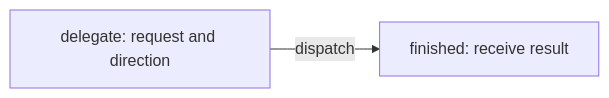
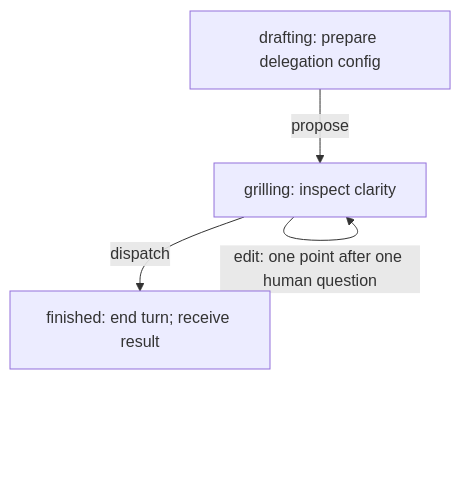
One commit to Winfred666/multica-featssship changed the first of 5 diagrams in DEBUG.md. Above: the diagram before and after it, drawn with Mermaid. The commit also changed other lines of this file and 19 other files, not shown here.

````diff
--- a/DEBUG.md
+++ b/DEBUG.md
@@ -3,4 +3,6 @@
 ```mermaid
-flowchart LR
-  delegate[delegate: request and direction] -->|dispatch| finished[finished: receive result]
+flowchart TD
+  drafting["drafting: prepare delegation config"] -->|propose| grilling["grilling: inspect clarity"]
+  grilling -->|edit: one point after one human question| grilling
+  grilling -->|dispatch| finished["finished: end turn; receive result"]
 ```
````
